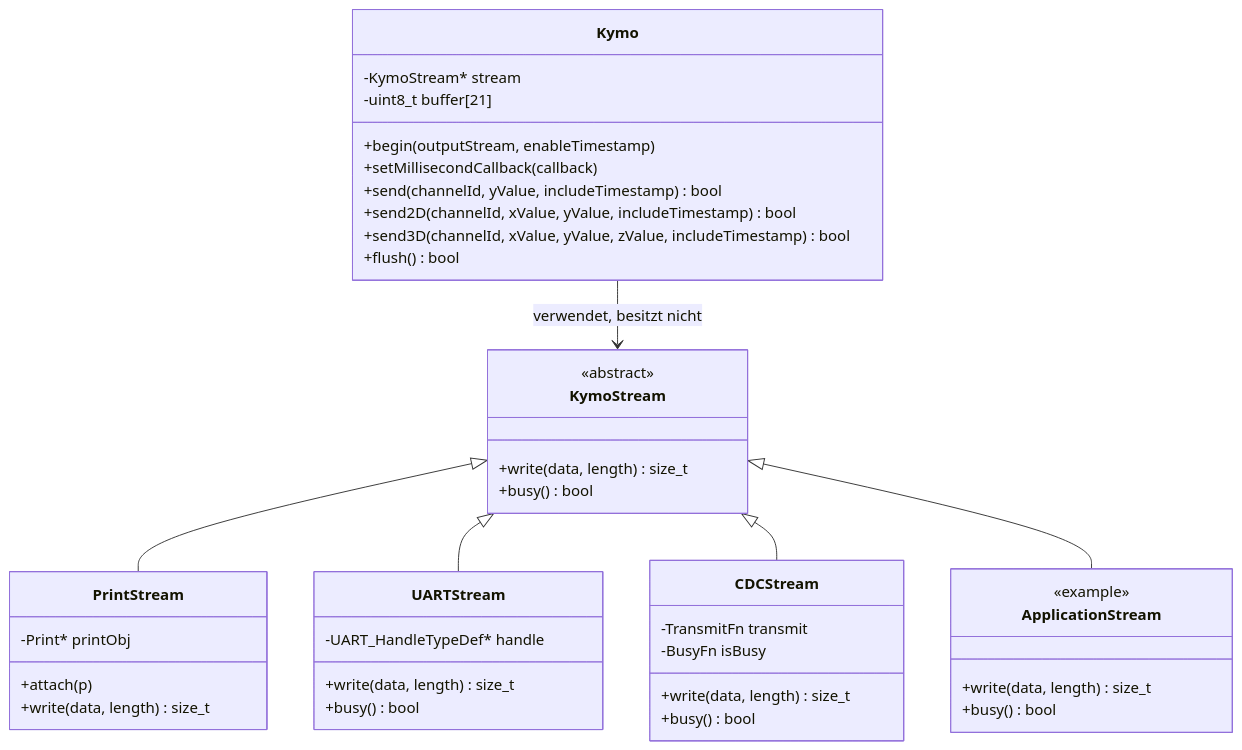
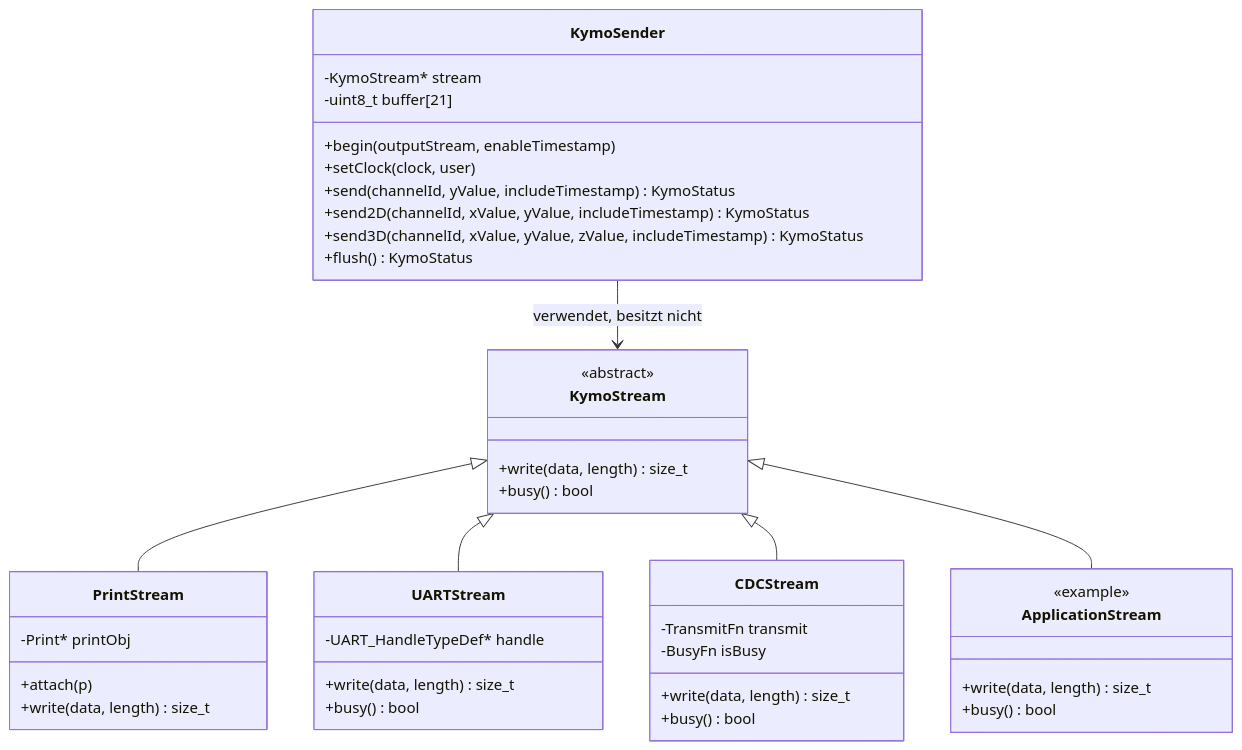
One commit to CodeName-666/kymoprobe changed the fourth of 5 diagrams in docs/MANUAL.de.md. Above: the diagram before and after it, drawn with Mermaid. The commit also changed other lines of this file and 156 other files, not shown here.

````diff
--- a/docs/MANUAL.de.md
+++ b/docs/MANUAL.de.md
@@ -258,44 +259,44 @@
 ```mermaid
 classDiagram
-    class Kymo {
+    class KymoSender {
         -KymoStream* stream
         -uint8_t buffer[21]
         +begin(outputStream, enableTimestamp)
-        +setMillisecondCallback(callback)
-        +send(channelId, yValue, includeTimestamp) bool
-        +send2D(channelId, xValue, yValue, includeTimestamp) bool
-        +send3D(channelId, xValue, yValue, zValue, includeTimestamp) bool
-        +flush() bool
+        +setClock(clock, user)
+        +send(channelId, yValue, includeTimestamp) KymoStatus
+        +send2D(channelId, xValue, yValue, includeTimestamp) KymoStatus
+        +send3D(channelId, xValue, yValue, zValue, includeTimestamp) KymoStatus
+        +flush() KymoStatus
     }
     class KymoStream {
         <<abstract>>
         +write(data, length) size_t
         +busy() bool
     }
     class PrintStream {
         -Print* printObj
         +attach(p)
         +write(data, length) size_t
     }
     class UARTStream {
         -UART_HandleTypeDef* handle
         +write(data, length) size_t
         +busy() bool
     }
     class CDCStream {
         -TransmitFn transmit
         -BusyFn isBusy
         +write(data, length) size_t
         +busy() bool
     }
     class ApplicationStream {
         <<example>>
         +write(data, length) size_t
         +busy() bool
     }
-    Kymo --> KymoStream : verwendet, besitzt nicht
+    KymoSender --> KymoStream : verwendet, besitzt nicht
     KymoStream <|-- PrintStream
     KymoStream <|-- UARTStream
     KymoStream <|-- CDCStream
     KymoStream <|-- ApplicationStream
 ```
````
